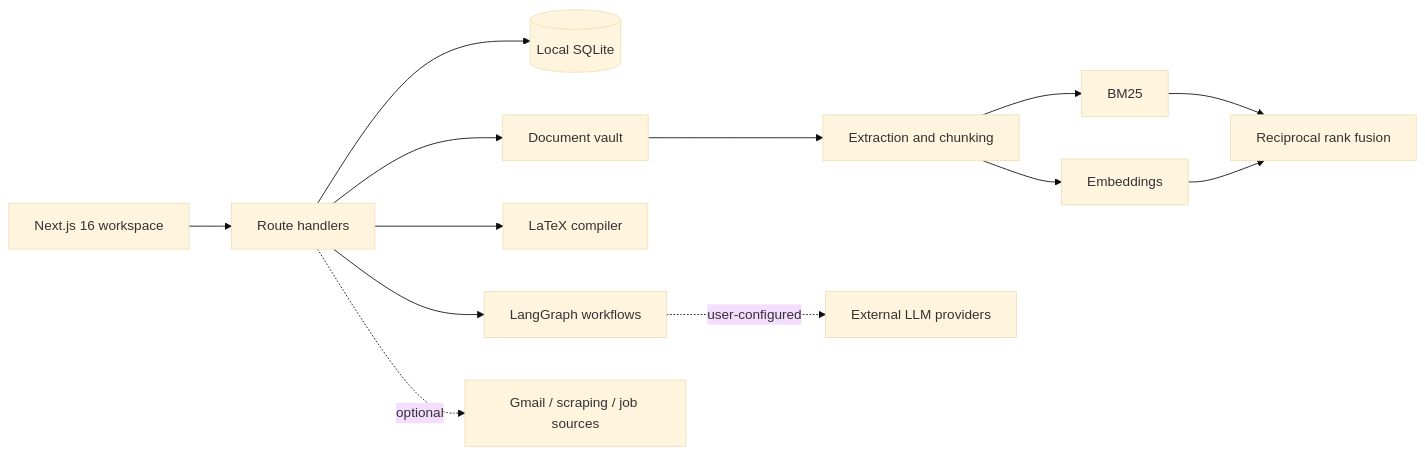
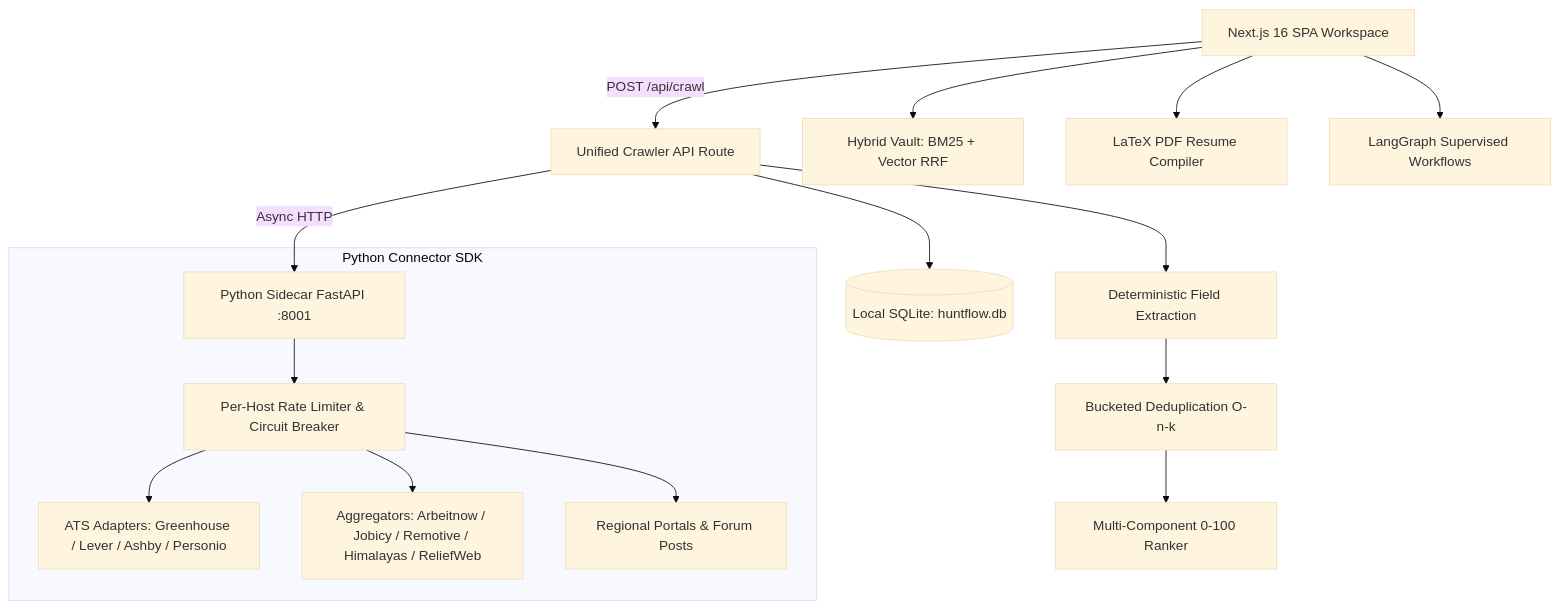
One commit to arfaouiahmed1/huntflow changed the diagram in README.md. Above: the diagram before and after it, drawn with Mermaid (base theme). The commit also changed other lines of this file and 23 other files, not shown here.

Commit message:
docs: document crawler architecture, 24-region compliance, and evaluation dashboard

````diff
--- a/README.md
+++ b/README.md
@@ -82,15 +35,21 @@
 ```mermaid
-flowchart LR
-    UI[Next.js 16 workspace] --> API[Route handlers]
-    API --> DB[(Local SQLite)]
-    API --> AG[LangGraph workflows]
-    API --> PDF[LaTeX compiler]
-    API --> V[Document vault]
-    V --> EX[Extraction and chunking]
-    EX --> BM[BM25]
-    EX --> EM[Embeddings]
-    BM --> RRF[Reciprocal rank fusion]
-    EM --> RRF
-    AG -. user-configured .-> LLM[External LLM providers]
-    API -. optional .-> EXT[Gmail / scraping / job sources]
+flowchart TD
+    UI[Next.js 16 SPA Workspace] -->|POST /api/crawl| API[Unified Crawler API Route]
+    API --> DB[(Local SQLite: huntflow.db)]
+    API -->|Async HTTP| SIDE[Python Sidecar FastAPI :8001]
+    
+    subgraph Python Connector SDK
+        SIDE --> RL[Per-Host Rate Limiter & Circuit Breaker]
+        RL --> ATS[ATS Adapters: Greenhouse / Lever / Ashby / Personio]
+        RL --> AGG[Aggregators: Arbeitnow / Jobicy / Remotive / Himalayas / ReliefWeb]
+        RL --> REG[Regional Portals & Forum Posts]
+    end
+
+    API --> NORM[Deterministic Field Extraction]
+    NORM --> DEDUP[Bucketed Deduplication O-n-k]
+    DEDUP --> RANK[Multi-Component 0-100 Ranker]
+    
+    UI --> RAG[Hybrid Vault: BM25 + Vector RRF]
+    UI --> LATEX[LaTeX PDF Resume Compiler]
+    UI --> AGENTS[LangGraph Supervised Workflows]
 ```
````
